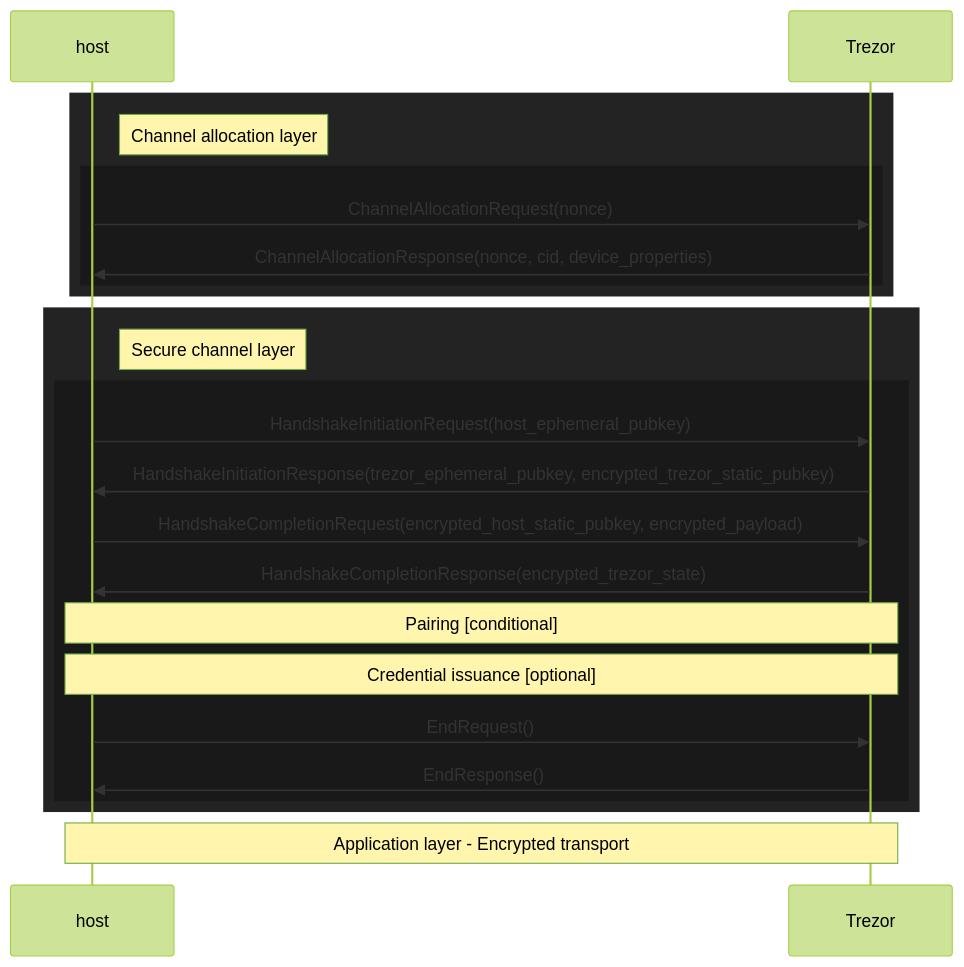
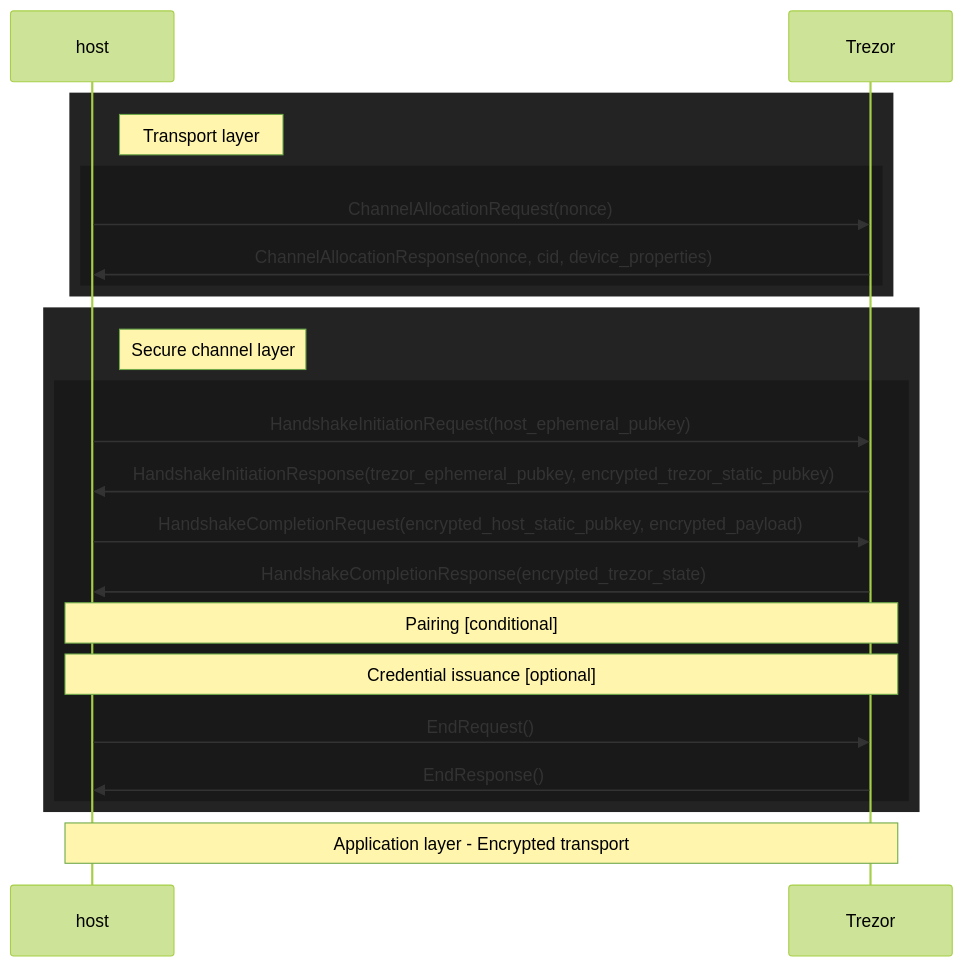
The first of 15 diagrams in docs/common/thp/specification.md (trezor/trezor-firmware), drawn with Mermaid (forest theme) before and after one commit. The commit also changed other lines of this file, not shown here.

````diff
--- a/docs/common/thp/specification.md
+++ b/docs/common/thp/specification.md
@@ -77,27 +77,27 @@
 ```mermaid
 sequenceDiagram
   participant host
   participant Trezor
   rect rgb(35, 35, 35)   
-    Note right of host: Channel allocation layer
+    Note right of host: Transport layer
     rect rgb(25,25,25)
 
         host ->> Trezor: ChannelAllocationRequest(nonce)
         Trezor ->> host: ChannelAllocationResponse(nonce, cid, device_properties)
     end
   end
     rect rgb(35, 35, 35)   
         Note right of host: Secure channel layer
         rect rgb(25,25,25)
             host ->> Trezor: HandshakeInitiationRequest(host_ephemeral_pubkey)
             Trezor ->> host: HandshakeInitiationResponse(trezor_ephemeral_pubkey, encrypted_trezor_static_pubkey)
             host ->> Trezor: HandshakeCompletionRequest(encrypted_host_static_pubkey, encrypted_payload)
             Trezor ->> host: HandshakeCompletionResponse(encrypted_trezor_state)
             Note over host,Trezor: Pairing [conditional]
             Note over host,Trezor: Credential issuance [optional]
         host ->> Trezor: EndRequest()
         Trezor ->> host: EndResponse()
         end
     end
     Note over host,Trezor: Application layer - Encrypted transport
 ```
````
